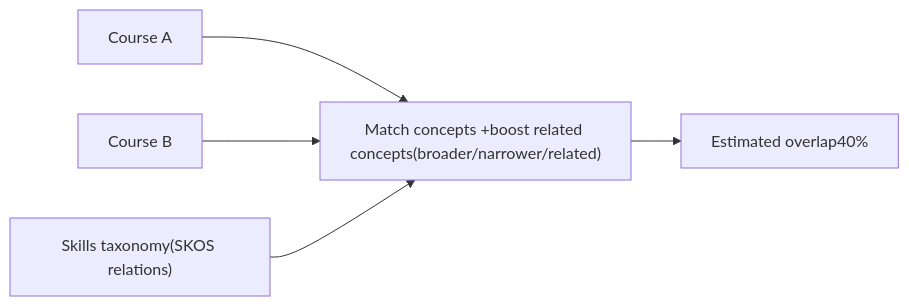
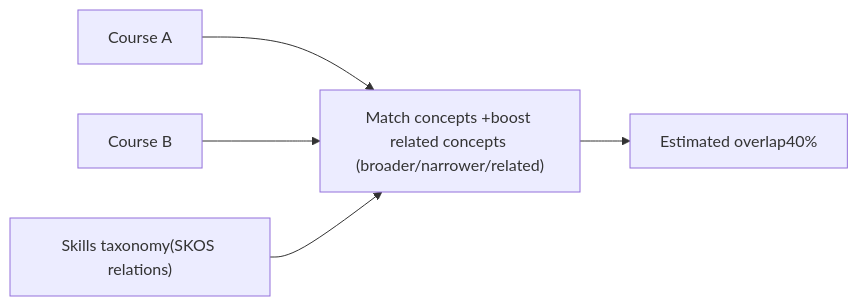
One commit to leskneebone/skills-SPARQL changed diagram 13 of 18 in reports/creditTransfer.md. Above: the diagram before and after it, drawn with Mermaid. The commit also changed other lines of this file, not shown here.

````diff
--- a/reports/creditTransfer.md
+++ b/reports/creditTransfer.md
@@ -138,7 +138,7 @@
 ```mermaid
 flowchart LR
-  A["Course A"] --> M["Match concepts +boost related concepts(broader/narrower/related)"]
+  A["Course A"] --> M["Match concepts +boost related concepts (broader/narrower/related)"]
   B["Course B"] --> M
   S["Skills taxonomy(SKOS relations)"] --> M
   M --> O["Estimated overlap40%"]
 ```
````
